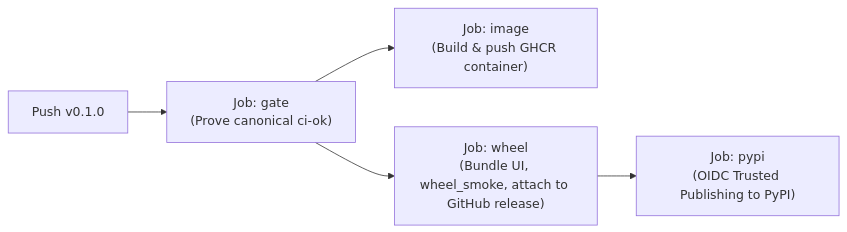
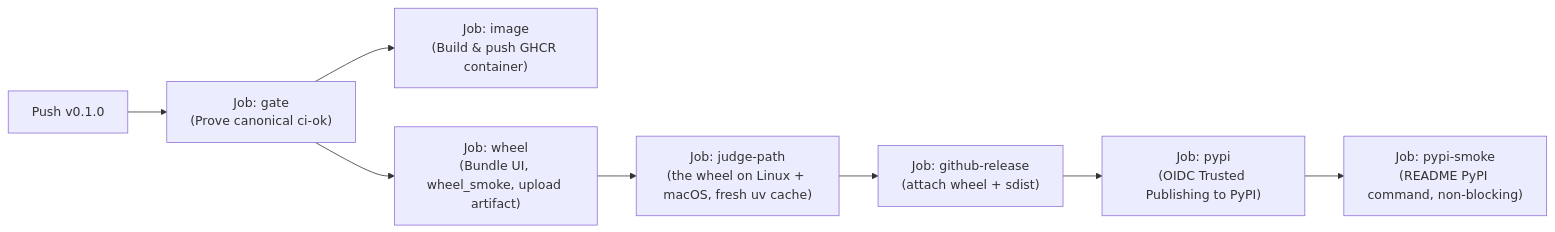
The diagram in docs/releasing.md (watt-mind/pii-guard), drawn with Mermaid before and after one commit. The commit also changed other lines of this file and 4 other files, not shown here.

First line of the commit message:
ci(judge): judge-path workflow, a cold uvx install on Linux and macOS before every release (LAB-1741) (#465)

````diff
--- a/docs/releasing.md
+++ b/docs/releasing.md
@@ -106,7 +106,10 @@
 ```mermaid
 flowchart LR
     Tag["Push v0.1.0"] --> Gate["Job: gate\n(Prove canonical ci-ok)"]
     Gate --> Image["Job: image\n(Build & push GHCR container)"]
-    Gate --> Wheel["Job: wheel\n(Bundle UI, wheel_smoke, attach to GitHub release)"]
-    Wheel --> PyPI["Job: pypi\n(OIDC Trusted Publishing to PyPI)"]
+    Gate --> Wheel["Job: wheel\n(Bundle UI, wheel_smoke, upload artifact)"]
+    Wheel --> Judge["Job: judge-path\n(the wheel on Linux + macOS, fresh uv cache)"]
+    Judge --> Release["Job: github-release\n(attach wheel + sdist)"]
+    Release --> PyPI["Job: pypi\n(OIDC Trusted Publishing to PyPI)"]
+    PyPI --> Smoke["Job: pypi-smoke\n(README PyPI command, non-blocking)"]
 ```
````
